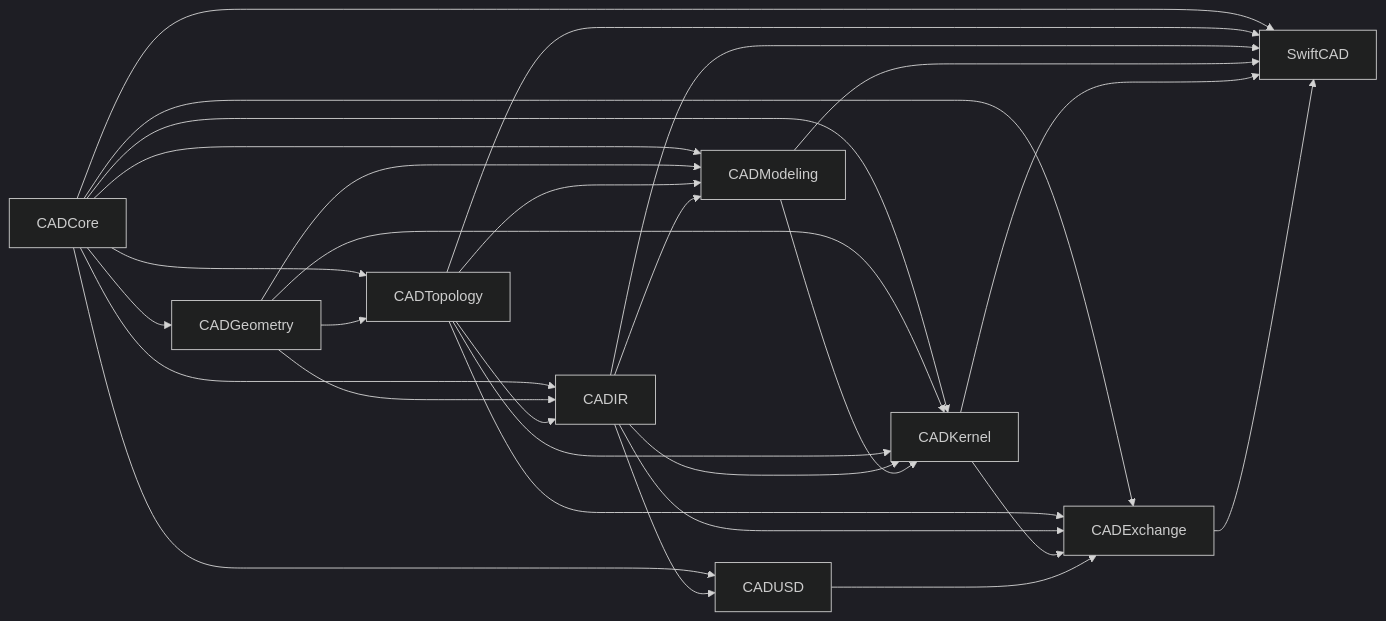
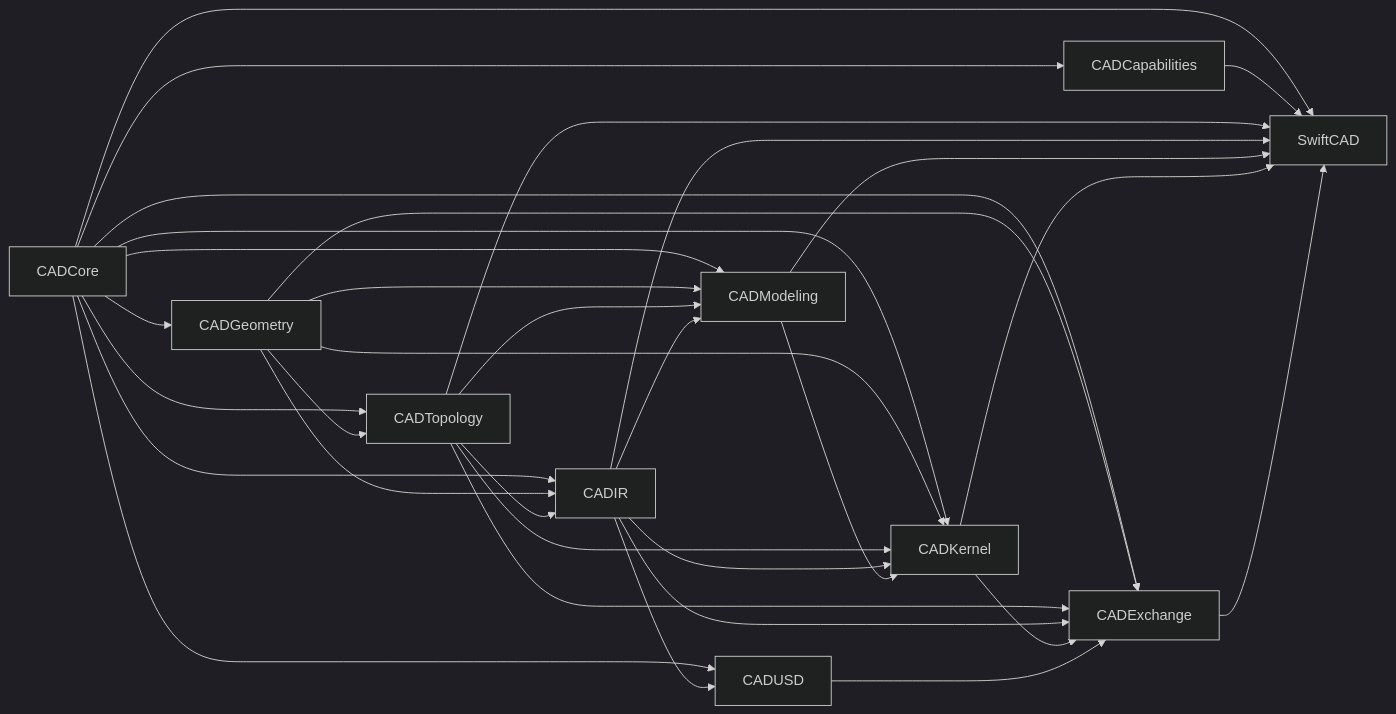
The third of 8 diagrams in SPEC.md (1amageek/swift-CAD), drawn with Mermaid (dark theme) before and after one commit. The commit also changed other lines of this file and 111 other files, not shown here.

Commit message:
Advance exact CAD intersection architecture

````diff
--- a/SPEC.md
+++ b/SPEC.md
@@ -86,31 +86,34 @@
 ```mermaid
 flowchart LR
     CADCore --> CADGeometry["CADGeometry"]
+    CADCore --> CADCapabilities["CADCapabilities"]
     CADCore --> CADTopology["CADTopology"]
     CADGeometry --> CADTopology
     CADCore --> CADIR["CADIR"]
     CADGeometry --> CADIR
     CADTopology --> CADIR
     CADCore --> CADModeling["CADModeling"]
     CADGeometry --> CADModeling
     CADTopology --> CADModeling
     CADIR --> CADModeling
     CADCore --> CADKernel["CADKernel"]
     CADGeometry --> CADKernel
     CADTopology --> CADKernel
     CADIR --> CADKernel
     CADModeling --> CADKernel
     CADCore --> CADUSD["CADUSD"]
     CADIR --> CADUSD
     CADCore --> CADExchange["CADExchange"]
+    CADGeometry --> CADExchange
     CADTopology --> CADExchange
     CADIR --> CADExchange["CADExchange"]
     CADKernel --> CADExchange
     CADUSD --> CADExchange
     CADCore --> SwiftCAD["SwiftCAD"]
+    CADCapabilities --> SwiftCAD
     CADTopology --> SwiftCAD
     CADIR --> SwiftCAD
     CADModeling --> SwiftCAD
     CADKernel --> SwiftCAD
     CADExchange --> SwiftCAD
 ```
````
